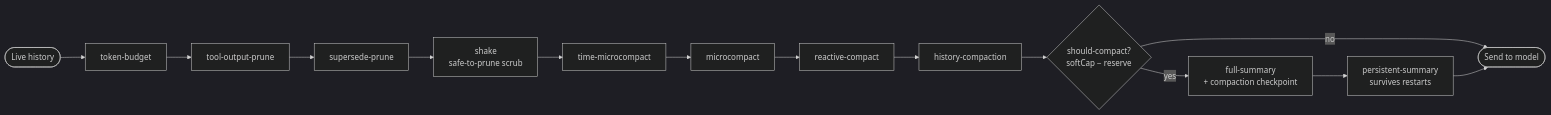
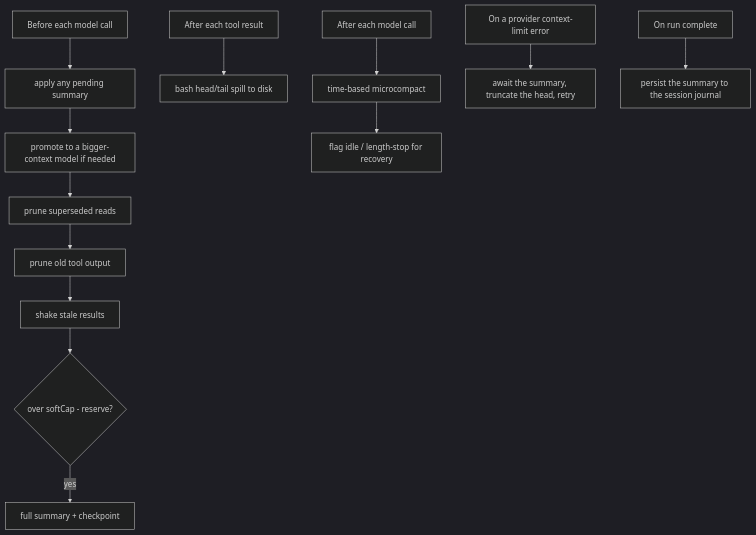
One commit to gowtham-uj/ReaperCode changed the second of 2 diagrams in README.md. Above: the diagram before and after it, drawn with Mermaid (dark theme). The commit also changed other lines of this file, not shown here.

````diff
--- a/README.md
+++ b/README.md
@@ -45,16 +48,15 @@
 ```mermaid
-flowchart LR
-    A([Live history]) --> B[token-budget]
-    B --> C[tool-output-prune]
-    C --> D[supersede-prune]
-    D --> E[shake<br/>safe-to-prune scrub]
-    E --> F[time-microcompact]
-    F --> G[microcompact]
-    G --> H[reactive-compact]
-    H --> I[history-compaction]
-    I --> J{should-compact?<br/>softCap − reserve}
-    J -->|no| L([Send to model])
-    J -->|yes| K[full-summary<br/>+ compaction checkpoint]
-    K --> P[persistent-summary<br/>survives restarts]
-    P --> L
+flowchart TD
+    A[Before each model call] --> A1[apply any pending summary]
+    A1 --> A2[promote to a bigger-context model if needed]
+    A2 --> A3[prune superseded reads]
+    A3 --> A4[prune old tool output]
+    A4 --> A5[shake stale results]
+    A5 --> A6{over softCap - reserve?}
+    A6 -->|yes| A7[full summary + checkpoint]
+    B[After each tool result] --> B1[bash head/tail spill to disk]
+    C[After each model call] --> C1[time-based microcompact]
+    C1 --> C2[flag idle / length-stop for recovery]
+    F[On a provider context-limit error] --> F1[await the summary, truncate the head, retry]
+    G[On run complete] --> G1[persist the summary to the session journal]
 ```
````
